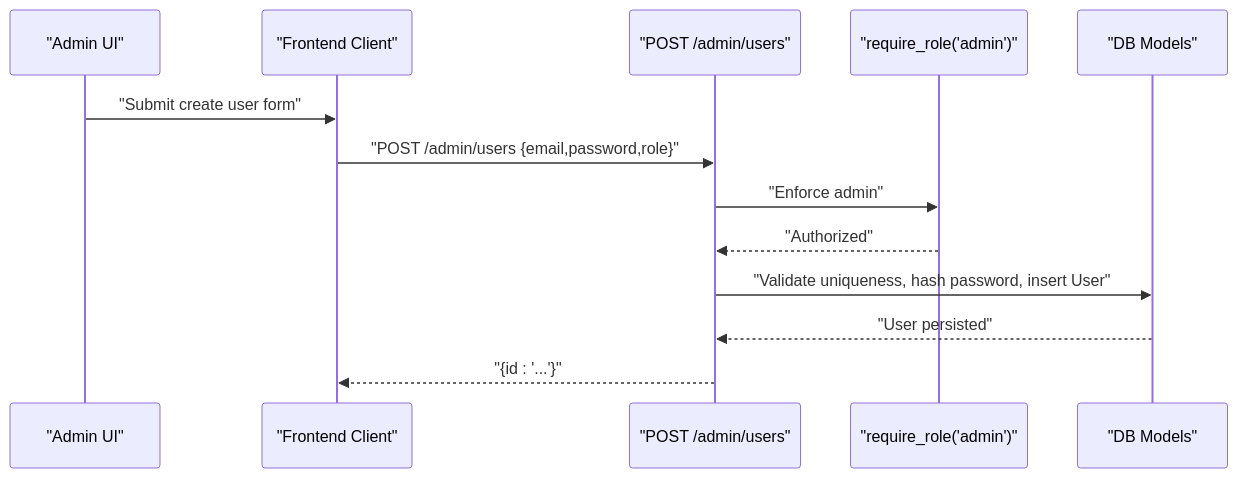
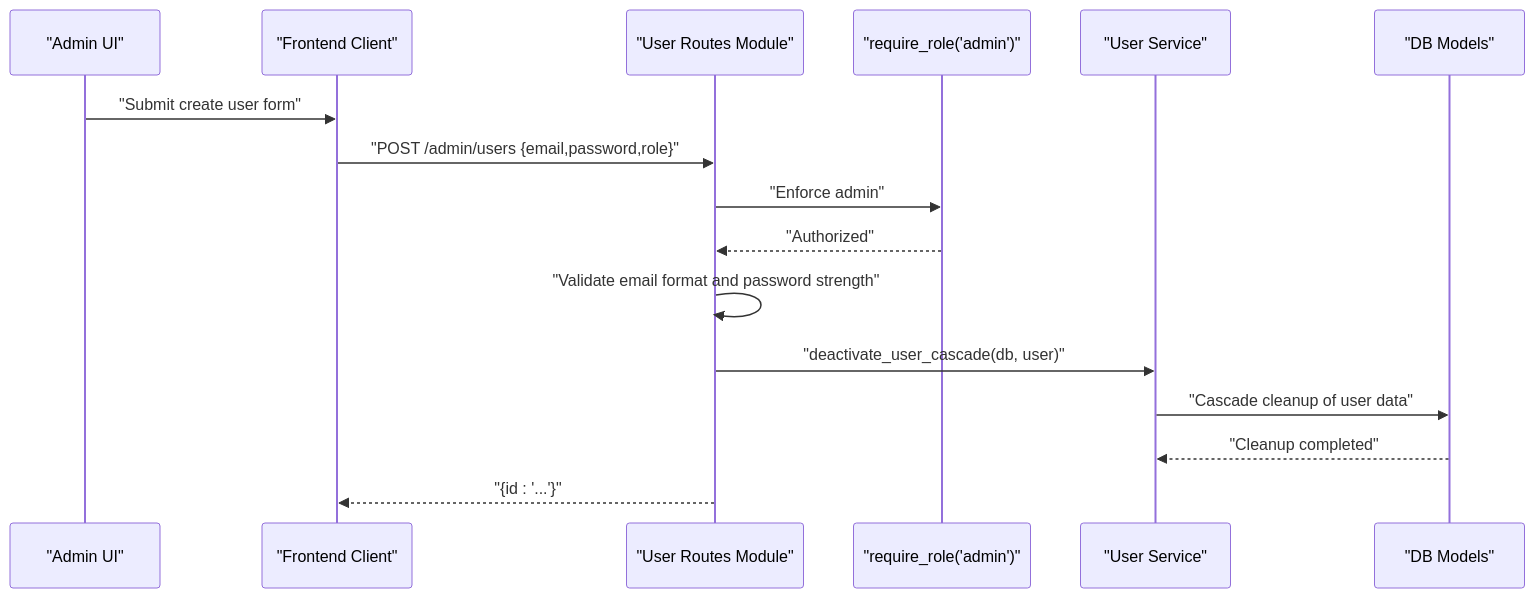
The third of 7 diagrams in .qoder/repowiki/en/content/Backend Development/API Endpoints/Admin Endpoints.md (genes8/private-ai), drawn with Mermaid before and after one commit. The commit also changed other lines of this file and 55 other files, not shown here.

````diff
--- a/.qoder/repowiki/en/content/Backend Development/API Endpoints/Admin Endpoints.md
+++ b/.qoder/repowiki/en/content/Backend Development/API Endpoints/Admin Endpoints.md
@@ -169,15 +213,18 @@
 ```mermaid
 sequenceDiagram
 participant Admin as "Admin UI"
 participant Client as "Frontend Client"
-participant API as "POST /admin/users"
+participant UR as "User Routes Module"
 participant Auth as "require_role('admin')"
+participant US as "User Service"
 participant DB as "DB Models"
 Admin->>Client : "Submit create user form"
-Client->>API : "POST /admin/users {email,password,role}"
-API->>Auth : "Enforce admin"
-Auth-->>API : "Authorized"
-API->>DB : "Validate uniqueness, hash password, insert User"
-DB-->>API : "User persisted"
-API-->>Client : "{id : '...'}"
+Client->>UR : "POST /admin/users {email,password,role}"
+UR->>Auth : "Enforce admin"
+Auth-->>UR : "Authorized"
+UR->>UR : "Validate email format and password strength"
+UR->>US : "deactivate_user_cascade(db, user)"
+US->>DB : "Cascade cleanup of user data"
+DB-->>US : "Cleanup completed"
+UR-->>Client : "{id : '...'}"
 ```
````
